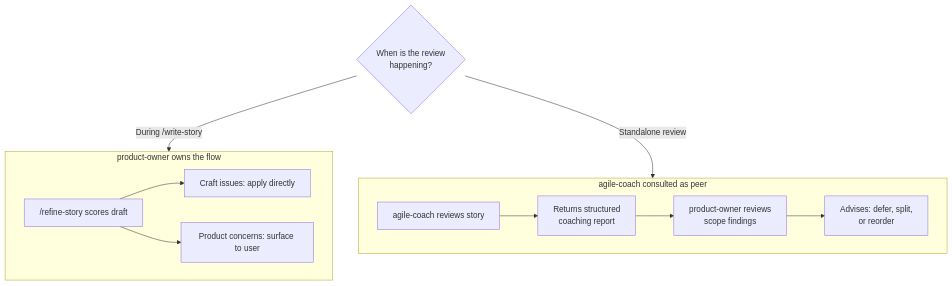
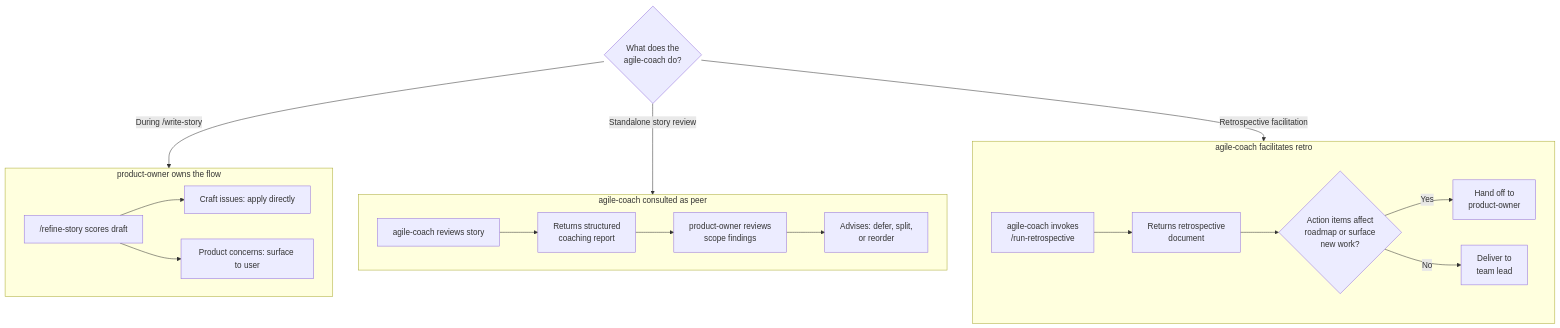
The third of 3 diagrams in plugins/product-ops/README.md (cpliakas/claude-code-digital-coworkers), drawn with Mermaid before and after one commit. The commit also changed other lines of this file and 3 other files, not shown here.

First line of the commit message:
feat: add run-retrospective skill to agile-coach agent (#51)

````diff
--- a/plugins/product-ops/README.md
+++ b/plugins/product-ops/README.md
@@ -173,17 +177,25 @@
 ```mermaid
 flowchart TD
-    Q{"When is the review<br/>happening?"}
+    Q{"What does the<br/>agile-coach do?"}
     Q -- "During /write-story" --> Mid
-    Q -- "Standalone review" --> SA
+    Q -- "Standalone story review" --> SA
+    Q -- "Retrospective facilitation" --> Retro
 
     subgraph Mid["product-owner owns the flow"]
         R1["/refine-story scores draft"] --> C1["Craft issues: apply directly"]
         R1 --> C2["Product concerns: surface to user"]
     end
 
     subgraph SA["agile-coach consulted as peer"]
         A1["agile-coach reviews story"] --> A2["Returns structured<br/>coaching report"]
         A2 --> A3["product-owner reviews<br/>scope findings"]
         A3 --> A4["Advises: defer, split,<br/>or reorder"]
     end
+
+    subgraph Retro["agile-coach facilitates retro"]
+        RT1["agile-coach invokes<br/>/run-retrospective"] --> RT2["Returns retrospective<br/>document"]
+        RT2 --> RT3{"Action items affect<br/>roadmap or surface<br/>new work?"}
+        RT3 -- "Yes" --> RT4["Hand off to<br/>product-owner"]
+        RT3 -- "No" --> RT5["Deliver to<br/>team lead"]
+    end
 ```
````
